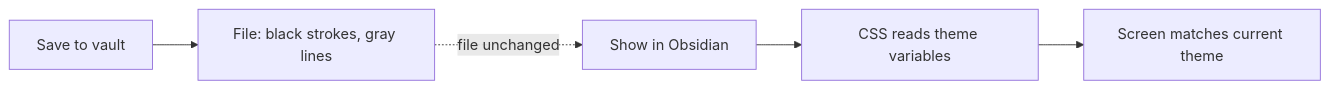
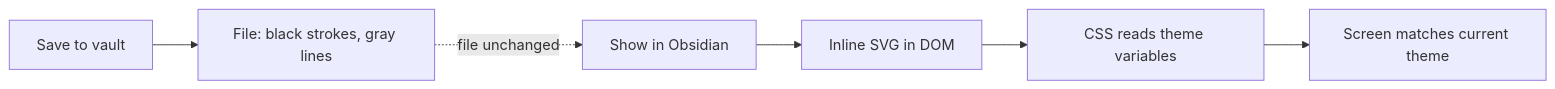
One commit to daledesilva/obsidian_ink changed the first of 2 diagrams in docs/ink-colours-and-theming.md. Above: the diagram before and after it, drawn with Mermaid. The commit also changed other lines of this file and 6 other files, not shown here.

````diff
--- a/docs/ink-colours-and-theming.md
+++ b/docs/ink-colours-and-theming.md
@@ -31,11 +37,12 @@
 ```mermaid
 flowchart LR
     Save["Save to vault"]
     Baked["File: black strokes, gray lines"]
     Show["Show in Obsidian"]
+    Inline["Inline SVG in DOM"]
     Theme["CSS reads theme variables"]
     Screen["Screen matches current theme"]
     Save --> Baked
-    Show --> Theme --> Screen
+    Show --> Inline --> Theme --> Screen
     Baked -.->|"file unchanged"| Show
 ```
````
